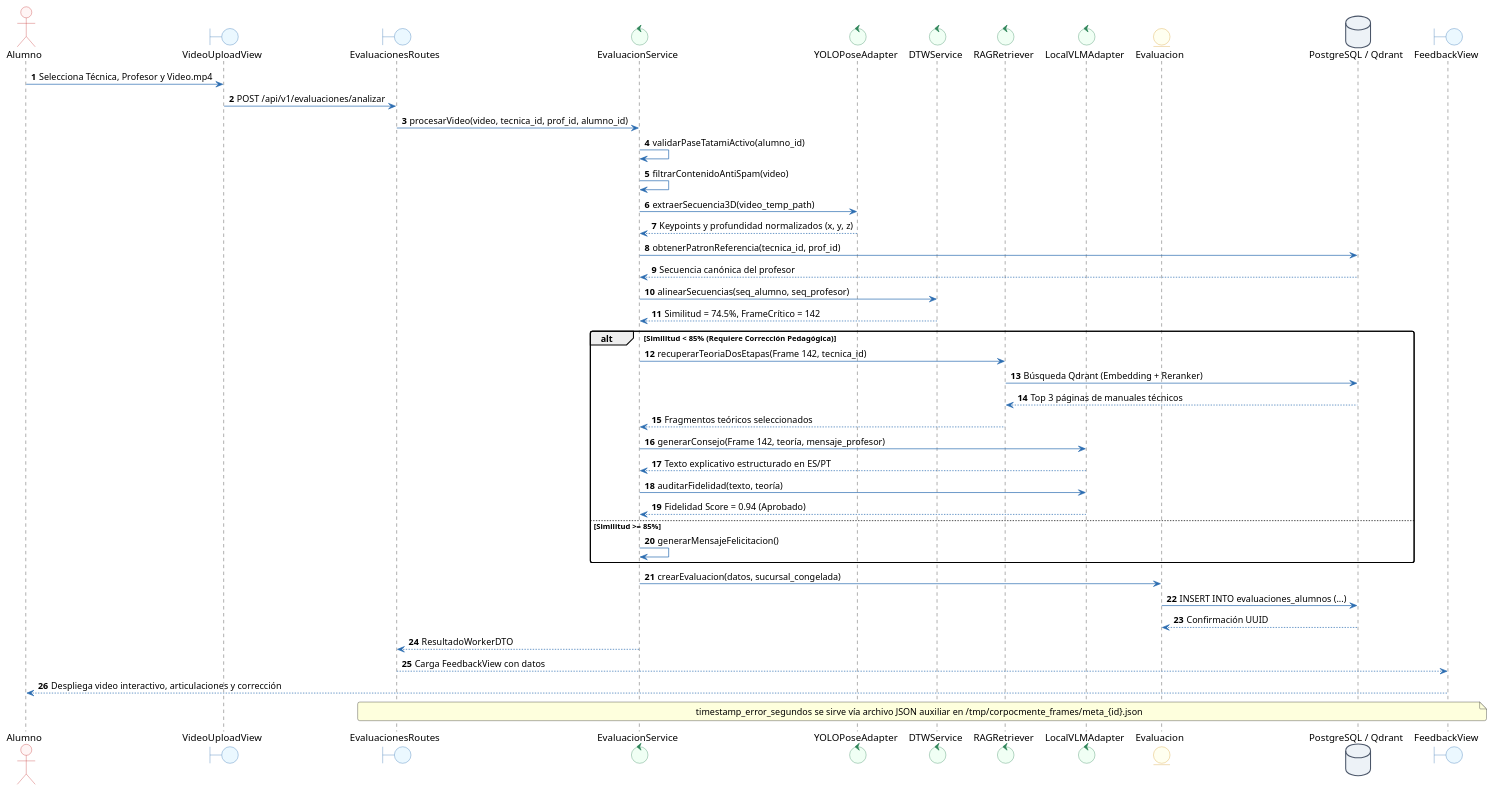
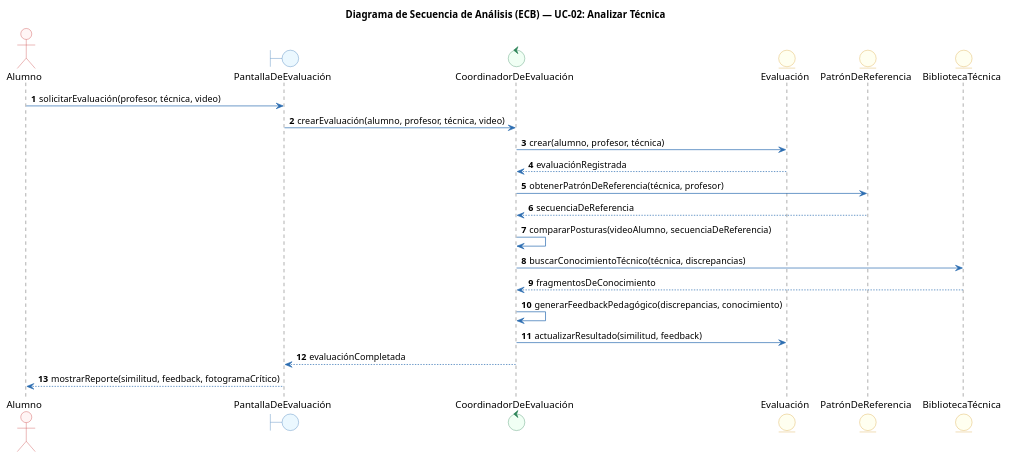
Before and after one commit to Tsmrain/JiuJitsu: the eighth of 37 diagrams in docs/ProyectoGrado.md, drawn with PlantUML. The commit also changed other lines of this file and 17 other files, not shown here.

Commit message:
refactor(cap5): aplicacion estricta de patron ECB y separacion analisis/diseno en Capitulo V

````diff
--- a/docs/ProyectoGrado.md
+++ b/docs/ProyectoGrado.md
@@ -1544,75 +1526,42 @@
 ```plantuml
 @startuml
+title Diagrama de Secuencia de Análisis (ECB) — UC-02: Analizar Técnica
 autonumber
-
 skinparam shadowing false
 skinparam monochrome false
 skinparam defaultFontName Arial
 skinparam roundcorner 6
 skinparam ArrowColor #2B6CB0
 skinparam ActorBorderColor #C53030
 skinparam ActorBackgroundColor #FFF5F5
 skinparam BoundaryBorderColor #2B6CB0
 skinparam BoundaryBackgroundColor #EBF8FF
 skinparam ControlBorderColor #2F855A
 skinparam ControlBackgroundColor #F0FFF4
 skinparam EntityBorderColor #D69E2E
 skinparam EntityBackgroundColor #FFFFF0
-skinparam DatabaseBorderColor #4A5568
-skinparam DatabaseBackgroundColor #EDF2F7
 skinparam UsecaseBorderColor #2B6CB0
 skinparam UsecaseBackgroundColor #F7FAFC
 
+actor "Alumno" as AL
+boundary "PantallaDeEvaluación" as B1
+control "CoordinadorDeEvaluación" as C1
+entity "Evaluación" as E1
+entity "PatrónDeReferencia" as E2
+entity "BibliotecaTécnica" as E3
 
-actor "Alumno" as Alumno
-boundary "VideoUploadView" as ViewUpload
-boundary "EvaluacionesRoutes" as API
-control "EvaluacionService" as Svc
-control "YOLOPoseAdapter" as YOLO
-control "DTWService" as DTW
-control "RAGRetriever" as RAG
-control "LocalVLMAdapter" as VLM
-entity "Evaluacion" as Ent
-database "PostgreSQL / Qdrant" as DB
-boundary "FeedbackView" as ViewFeedback
-
-Alumno -> ViewUpload : Selecciona Técnica, Profesor y Video.mp4
-ViewUpload -> API : POST /api/v1/evaluaciones/analizar
-API -> Svc : procesarVideo(video, tecnica_id, prof_id, alumno_id)
-
-Svc -> Svc : validarPaseTatamiActivo(alumno_id)
-Svc -> Svc : filtrarContenidoAntiSpam(video)
-
-Svc -> YOLO : extraerSecuencia3D(video_temp_path)
-YOLO --> Svc : Keypoints y profundidad normalizados (x, y, z)
-
-Svc -> DB : obtenerPatronReferencia(tecnica_id, prof_id)
-DB --> Svc : Secuencia canónica del profesor
-
-Svc -> DTW : alinearSecuencias(seq_alumno, seq_profesor)
-DTW --> Svc : Similitud = 74.5%, FrameCrítico = 142
-
-alt Similitud < 85% (Requiere Corrección Pedagógica)
-    Svc -> RAG : recuperarTeoriaDosEtapas(Frame 142, tecnica_id)
-    RAG -> DB : Búsqueda Qdrant (Embedding + Reranker)
-    DB --> RAG : Top 3 páginas de manuales técnicos
-    RAG --> Svc : Fragmentos teóricos seleccionados
-    
-    Svc -> VLM : generarConsejo(Frame 142, teoría, mensaje_profesor)
-    VLM --> Svc : Texto explicativo estructurado en ES/PT
-    Svc -> VLM : auditarFidelidad(texto, teoría)
-    VLM --> Svc : Fidelidad Score = 0.94 (Aprobado)
-else Similitud >= 85%
-    Svc -> Svc : generarMensajeFelicitacion()
-end
-
-Svc -> Ent : crearEvaluacion(datos, sucursal_congelada)
-Ent -> DB : INSERT INTO evaluaciones_alumnos (...)
-DB --> Ent : Confirmación UUID
-
-Svc --> API : ResultadoWorkerDTO
-API --> ViewFeedback : Carga FeedbackView con datos
-ViewFeedback --> Alumno : Despliega video interactivo, articulaciones y corrección
-    Note over API, ViewFeedback: timestamp_error_segundos se sirve vía archivo JSON auxiliar en /tmp/corpocmente_frames/meta_{id}.json
+AL -> B1 : solicitarEvaluación(profesor, técnica, video)
+B1 -> C1 : crearEvaluación(alumno, profesor, técnica, video)
+C1 -> E1 : crear(alumno, profesor, técnica)
+E1 --> C1 : evaluaciónRegistrada
+C1 -> E2 : obtenerPatrónDeReferencia(técnica, profesor)
+E2 --> C1 : secuenciaDeReferencia
+C1 -> C1 : compararPosturas(videoAlumno, secuenciaDeReferencia)
+C1 -> E3 : buscarConocimientoTécnico(técnica, discrepancias)
+E3 --> C1 : fragmentosDeConocimiento
+C1 -> C1 : generarFeedbackPedagógico(discrepancias, conocimiento)
+C1 -> E1 : actualizarResultado(similitud, feedback)
+C1 --> B1 : evaluaciónCompletada
+B1 --> AL : mostrarReporte(similitud, feedback, fotogramaCrítico)
 @enduml
 ```
````
